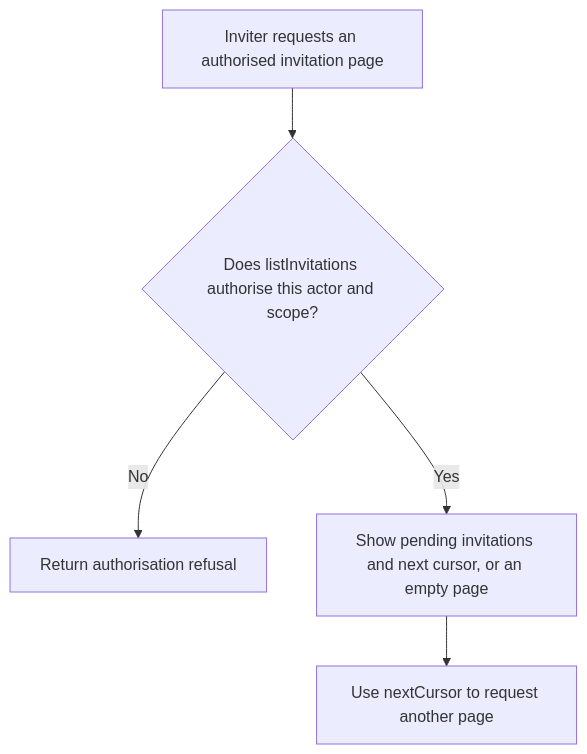
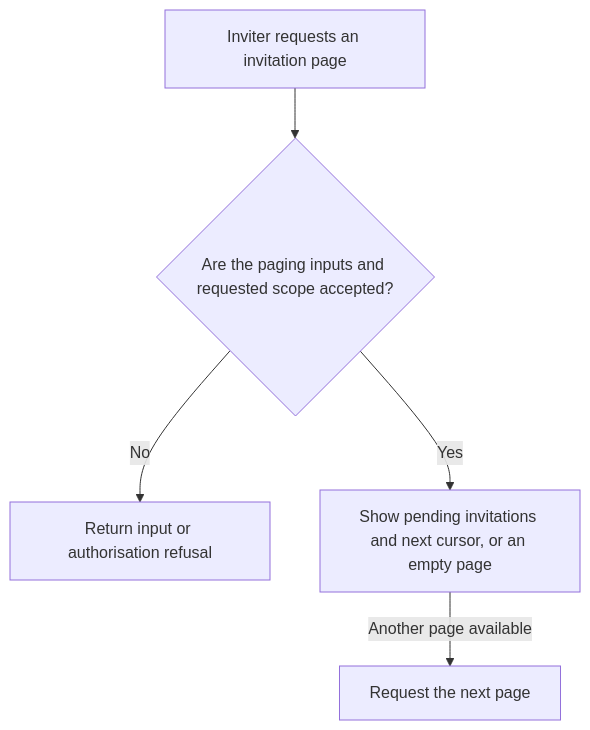
Before and after one commit to Kevinjohn/oss-adonisjs-account-kit: the first of 2 diagrams in user-stories/US-ACCOUNT-10-list-invitations.md, drawn with Mermaid. The commit also changed other lines of this file and 70 other files, not shown here.

````diff
--- a/user-stories/US-ACCOUNT-10-list-invitations.md
+++ b/user-stories/US-ACCOUNT-10-list-invitations.md
@@ -18,7 +20,7 @@
 ```mermaid
 flowchart TD
- A["Inviter requests an authorised invitation page"] --> B{"Does listInvitations authorise this actor and scope?"}
- B -->|No| C["Return authorisation refusal"]
+ A["Inviter requests an invitation page"] --> B{"Are the paging inputs and requested scope accepted?"}
+ B -->|No| C["Return input or authorisation refusal"]
  B -->|Yes| D["Show pending invitations and next cursor, or an empty page"]
- D --> E["Use nextCursor to request another page"]
+ D -->|Another page available| E["Request the next page"]
 ```
````
